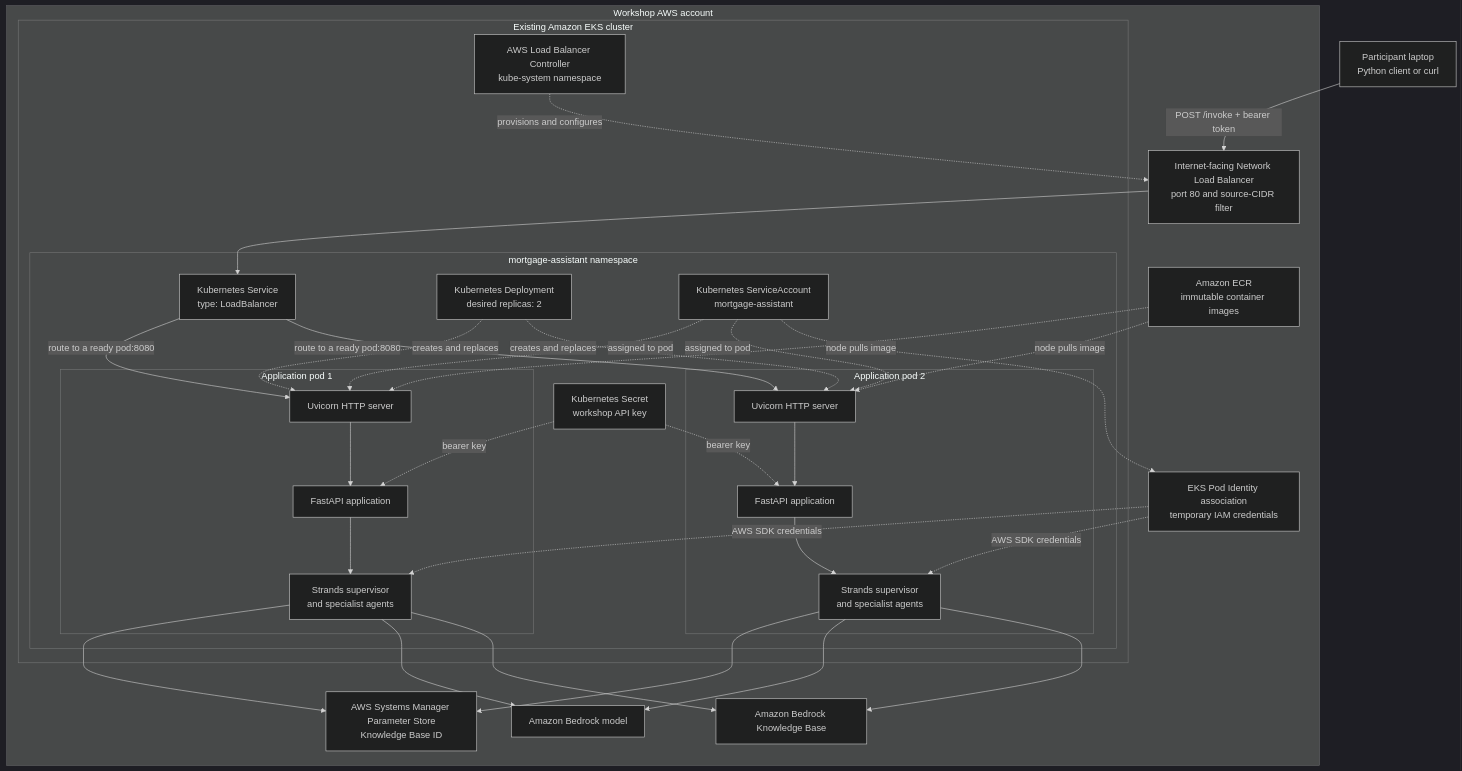
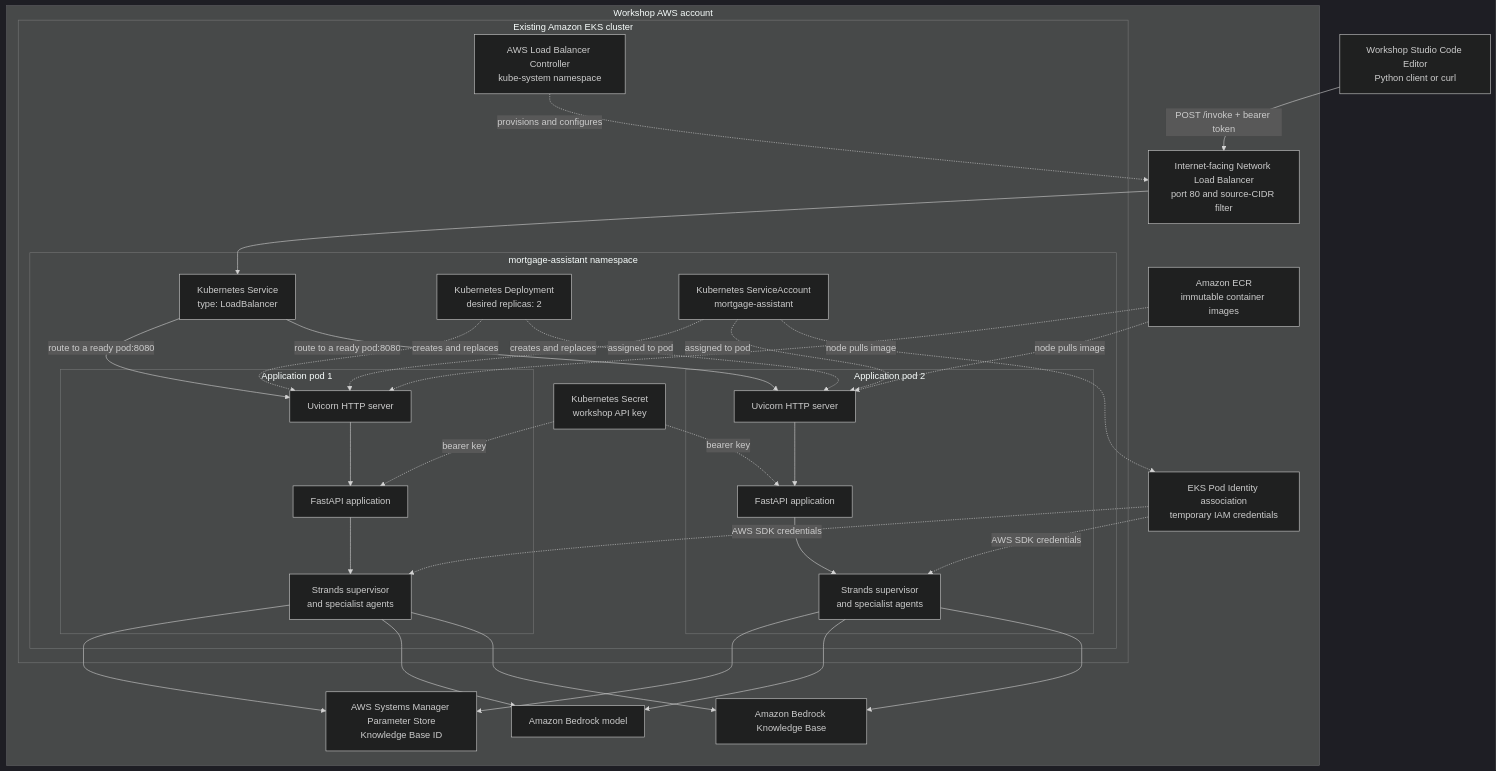
Before and after one commit to santoshkulk/agent-eks: the first of 2 diagrams in 03-eks-service/README.md, drawn with Mermaid (dark theme). The commit also changed other lines of this file, not shown here.

````diff
--- a/03-eks-service/README.md
+++ b/03-eks-service/README.md
@@ -39,58 +39,58 @@
 ```mermaid
 flowchart TB
-    client["Participant laptop<br/>Python client or curl"]
+    client["Workshop Studio Code Editor<br/>Python client or curl"]
 
     subgraph account["Workshop AWS account"]
         nlb["Internet-facing Network Load Balancer<br/>port 80 and source-CIDR filter"]
 
         subgraph eks["Existing Amazon EKS cluster"]
             controller["AWS Load Balancer Controller<br/>kube-system namespace"]
             subgraph namespace["mortgage-assistant namespace"]
                 service["Kubernetes Service<br/>type: LoadBalancer"]
                 deployment["Kubernetes Deployment<br/>desired replicas: 2"]
                 secret["Kubernetes Secret<br/>workshop API key"]
                 serviceAccount["Kubernetes ServiceAccount<br/>mortgage-assistant"]
 
                 subgraph pod1["Application pod 1"]
                     uvicorn1["Uvicorn HTTP server"] --> fastapi1["FastAPI application"]
                     fastapi1 --> strands1["Strands supervisor<br/>and specialist agents"]
                 end
 
                 subgraph pod2["Application pod 2"]
                     uvicorn2["Uvicorn HTTP server"] --> fastapi2["FastAPI application"]
                     fastapi2 --> strands2["Strands supervisor<br/>and specialist agents"]
                 end
 
                 deployment -.->|creates and replaces| uvicorn1
                 deployment -.->|creates and replaces| uvicorn2
                 service -->|"route to a ready pod:8080"| uvicorn1
                 service -->|"route to a ready pod:8080"| uvicorn2
                 secret -.->|bearer key| fastapi1
                 secret -.->|bearer key| fastapi2
                 serviceAccount -.->|assigned to pod| uvicorn1
                 serviceAccount -.->|assigned to pod| uvicorn2
             end
         end
 
         podIdentity["EKS Pod Identity association<br/>temporary IAM credentials"]
         ssm["AWS Systems Manager Parameter Store<br/>Knowledge Base ID"]
         model["Amazon Bedrock model"]
         knowledgeBase["Amazon Bedrock Knowledge Base"]
         ecr["Amazon ECR<br/>immutable container images"]
     end
 
     client -->|"POST /invoke + bearer token"| nlb
     controller -.->|provisions and configures| nlb
     nlb --> service
     ecr -.->|node pulls image| uvicorn1
     ecr -.->|node pulls image| uvicorn2
     serviceAccount -.-> podIdentity
     podIdentity -.->|AWS SDK credentials| strands1
     podIdentity -.->|AWS SDK credentials| strands2
     strands1 --> ssm
     strands2 --> ssm
     strands1 --> model
     strands2 --> model
     strands1 --> knowledgeBase
     strands2 --> knowledgeBase
 ```
````
